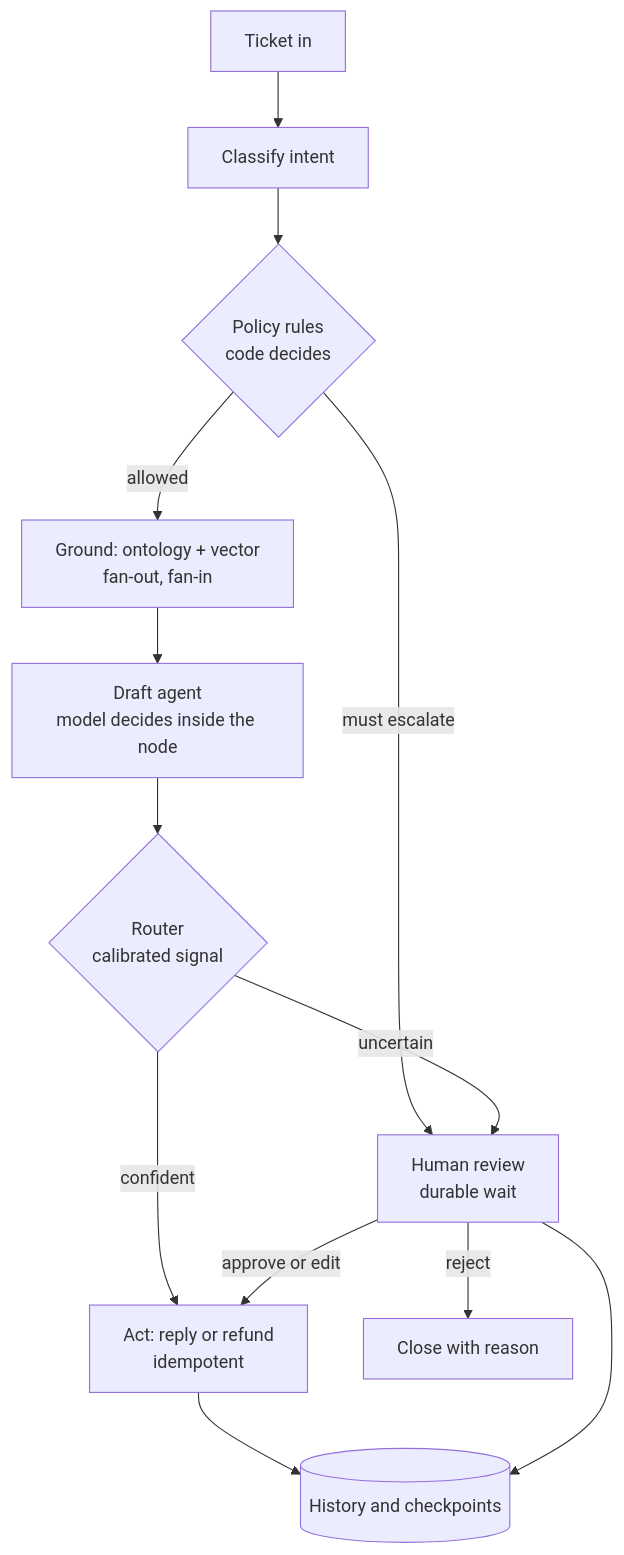
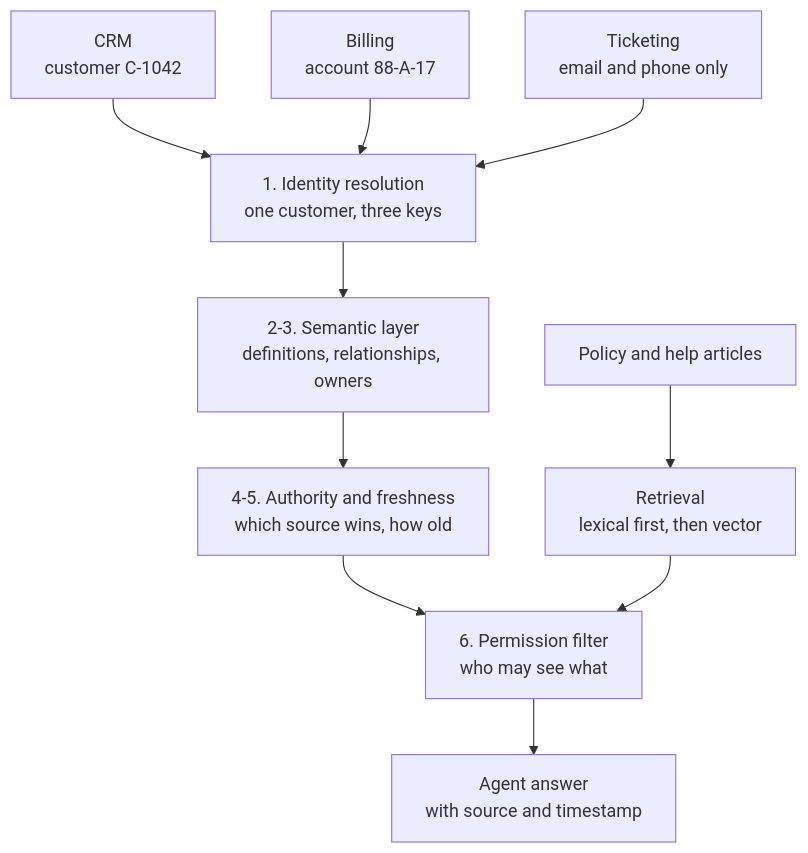
The second of 5 diagrams in kata-use-cases/FDE curriculum review — November 2026.md (raj-champaneriya-ibm/continuous-learning), drawn with Mermaid before and after one commit. The commit also changed other lines of this file, not shown here.

First line of the commit message:
docs(fde): cut the curriculum plan to ship-then-deepen, starting from a repo inventory

````diff
--- a/kata-use-cases/FDE curriculum review — November 2026.md
+++ b/kata-use-cases/FDE curriculum review — November 2026.md
@@ -195,15 +135,12 @@
 ```mermaid
 flowchart TD
-    A["Ticket in"] --> B["Classify intent"]
-    B --> C{"Policy rules<br/>code decides"}
-    C -- "must escalate" --> H["Human review<br/>durable wait"]
-    C -- "allowed" --> D["Ground: ontology + vector<br/>fan-out, fan-in"]
-    D --> E["Draft agent<br/>model decides inside the node"]
-    E --> F{"Router<br/>calibrated signal"}
-    F -- "confident" --> G["Act: reply or refund<br/>idempotent"]
-    F -- "uncertain" --> H
-    H -- "approve or edit" --> G
-    H -- "reject" --> X["Close with reason"]
-    G --> L[("History and checkpoints")]
-    H --> L
+    CRM["CRM<br/>customer C-1042"] --> ID
+    BILL["Billing<br/>account 88-A-17"] --> ID
+    TIX["Ticketing<br/>email and phone only"] --> ID
+    DOCS["Policy and help articles"] --> RET["Retrieval<br/>lexical first, then vector"]
+    ID["1. Identity resolution<br/>one customer, three keys"] --> SEM["2-3. Semantic layer<br/>definitions, relationships, owners"]
+    SEM --> AUTH["4-5. Authority and freshness<br/>which source wins, how old"]
+    AUTH --> PERM["6. Permission filter<br/>who may see what"]
+    RET --> PERM
+    PERM --> AG["Agent answer<br/>with source and timestamp"]
 ```
````
